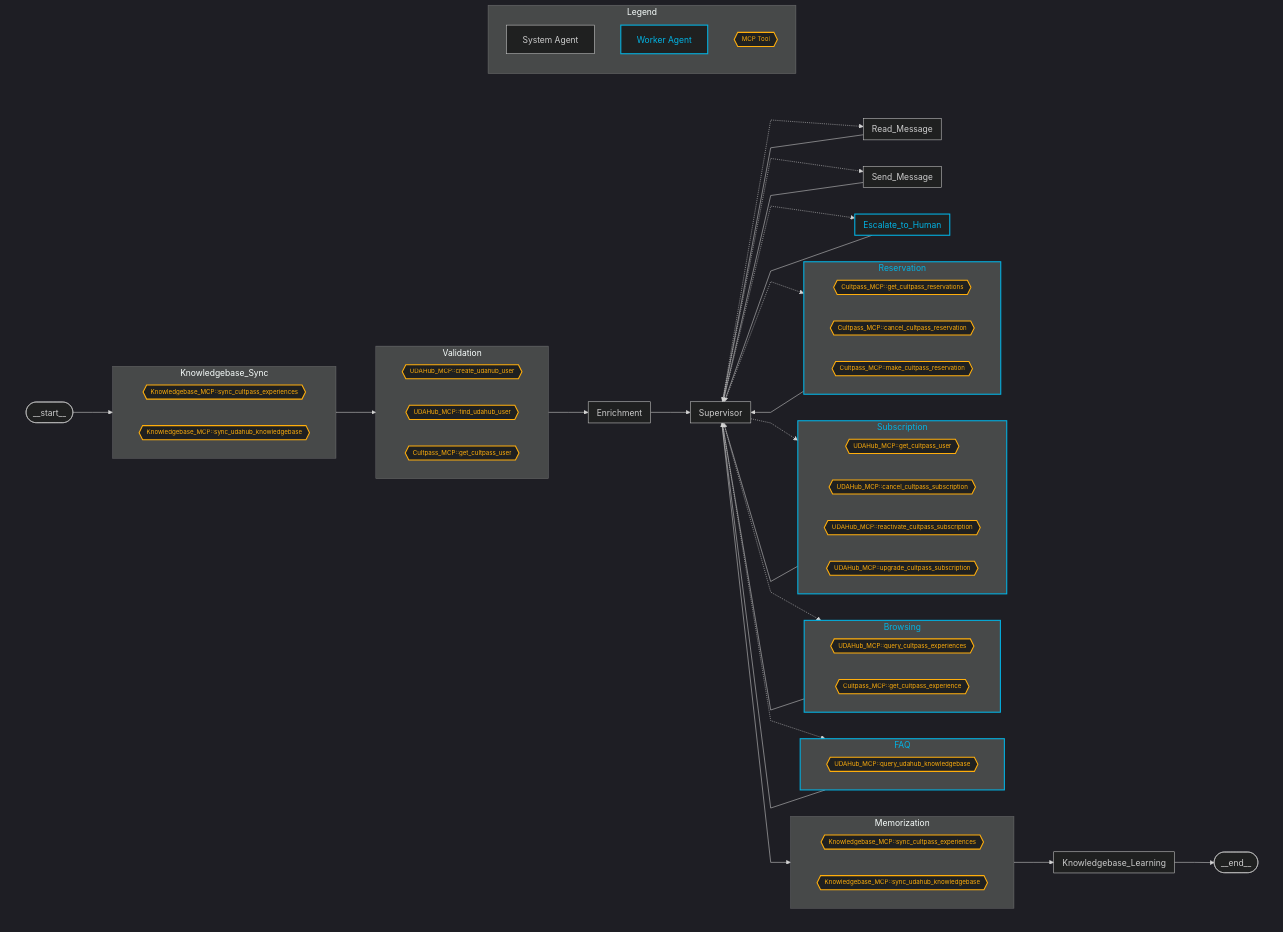
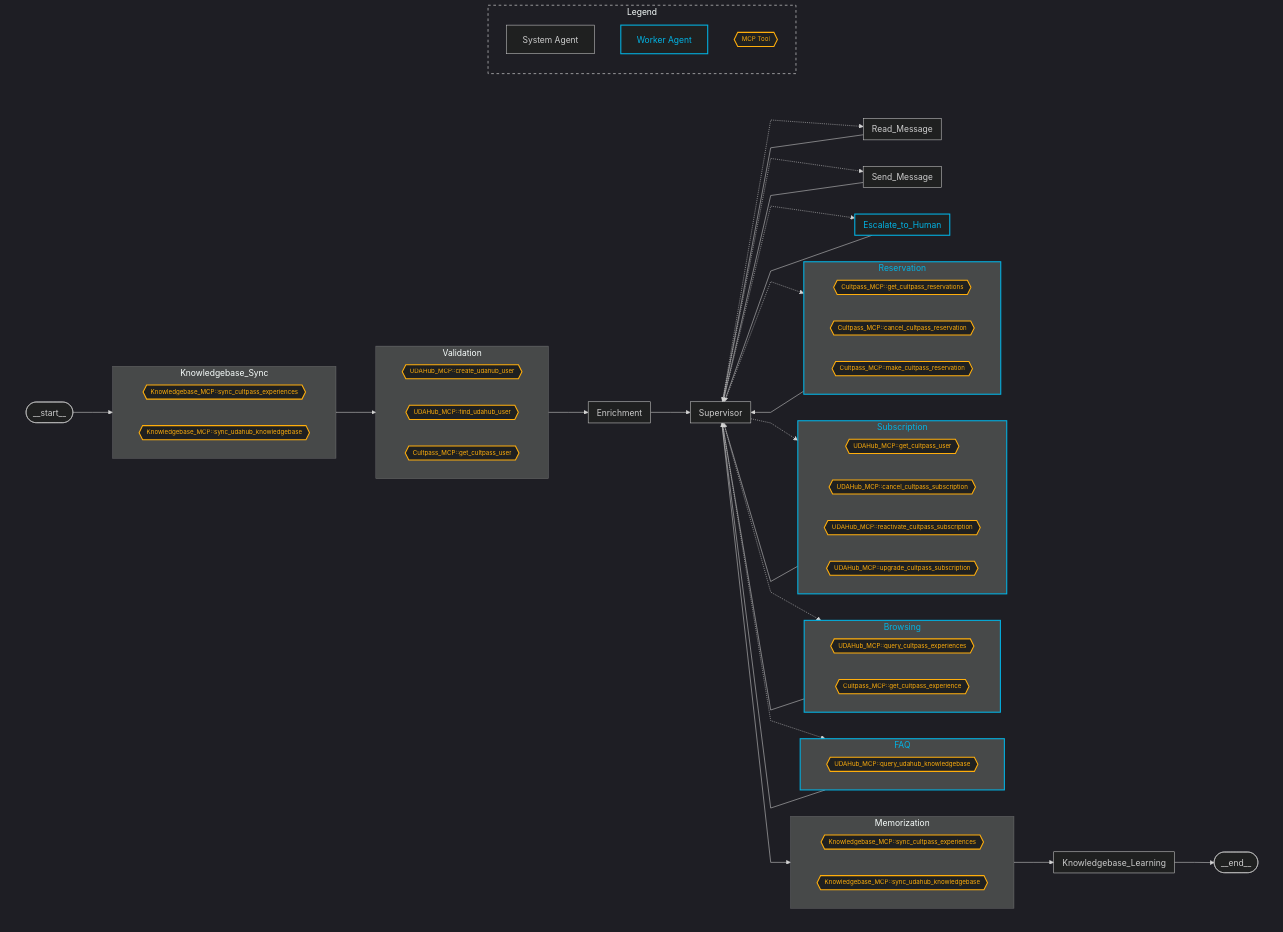
Before and after one commit to tkober/nd901-agentic-ai-with-langchain-and-langgraph-project-3: the diagram in starter/agentic/design/README.md, drawn with Mermaid.

Commit message:
Add legend styling to the agentic workflow graph

```diff
--- a/starter/agentic/design/README.md
+++ b/starter/agentic/design/README.md
@@ -140,6 +140,9 @@
 %% Make the outer layout subgraph invisible (no fill/border/label)
 style layout_container fill:transparent,stroke:transparent,stroke-width:0px;
 
+%% Legend: no fill, dashed border
+style Legend fill:transparent,stroke:#fff,stroke-width:1px,stroke-dasharray:5 5;
+
 %%	classDef default fill:#f2f0ff,line-height:1.2
 %%	classDef first fill-opacity:0
 %%	classDef last fill:#bfb6fc
```
